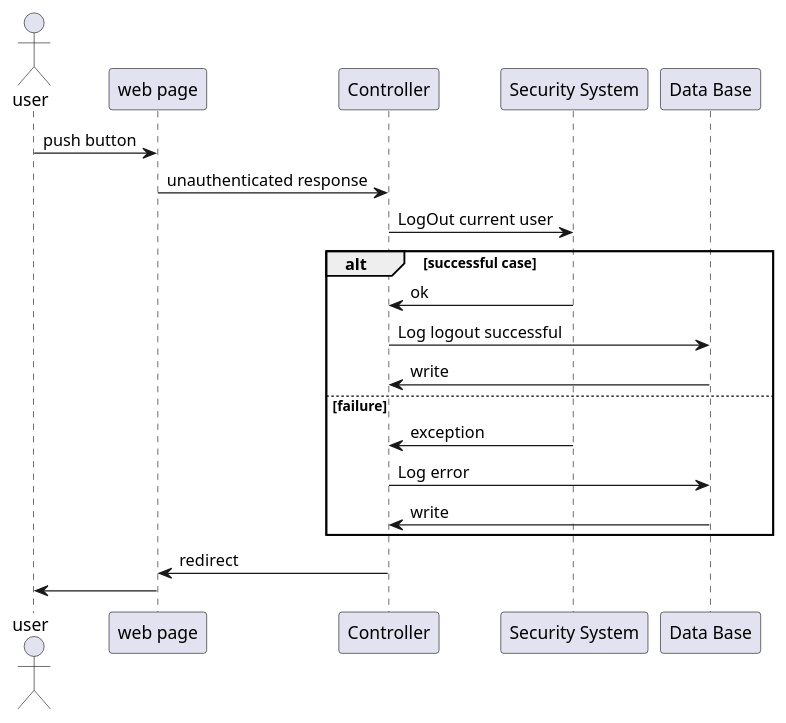
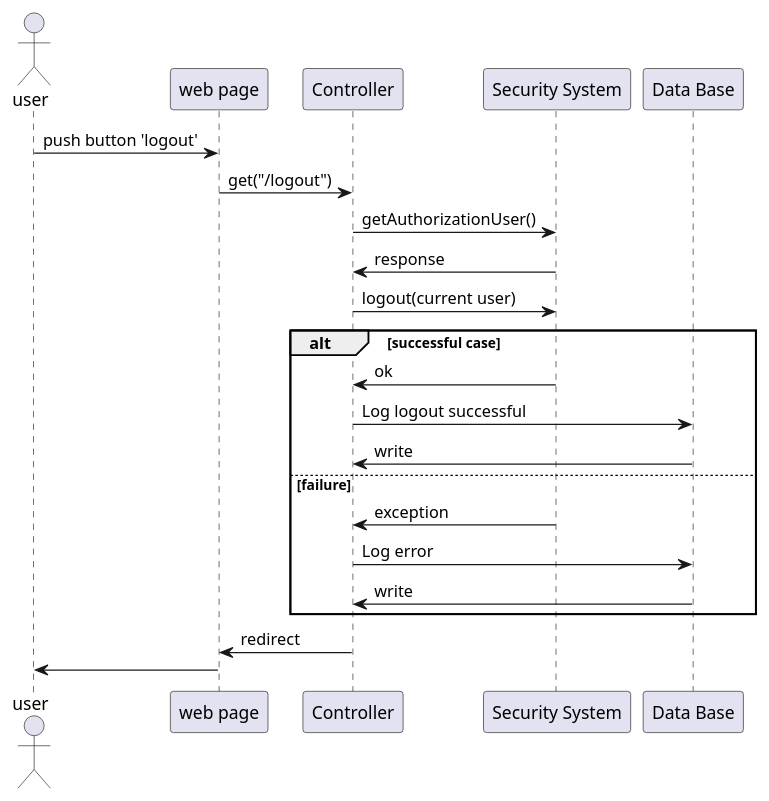
Before and after one commit to Pahoomich/nwchat: the diagram in UML/sequence diagramm/logout.puml, drawn with PlantUML. The commit also changed 3 other files, not shown here.

```diff
--- a/UML/sequence diagramm/logout.puml
+++ b/UML/sequence diagramm/logout.puml
@@ -1,31 +1,33 @@
 @startuml
 '
 '
 ' Implementation view
 '
 '
 
 actor user
 
 participant "web page" as wp
 participant Controller as c
 participant "Security System" as sec
 participant "Data Base" as db
 
 
-user -> wp : push button
-wp -> c : unauthenticated response
-c -> sec : LogOut current user
+user -> wp : push button 'logout'
+wp -> c : get("/logout")
+c -> sec : getAuthorizationUser()
+sec -> c : response
+c -> sec : logout(current user)
 alt successful case
     c <- sec : ok
     c -> db : Log logout successful
     c <- db : write
 else failure
     c <- sec : exception
     c -> db : Log error
     c <- db : write
 end
 
 wp <- c : redirect
 user <- wp
 @enduml
```
